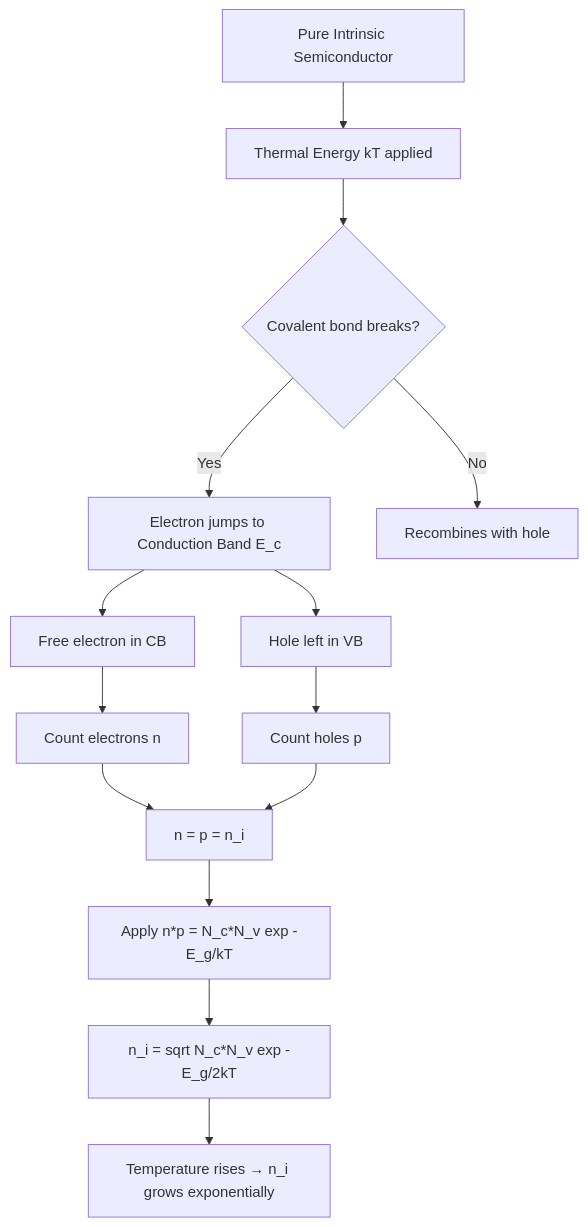
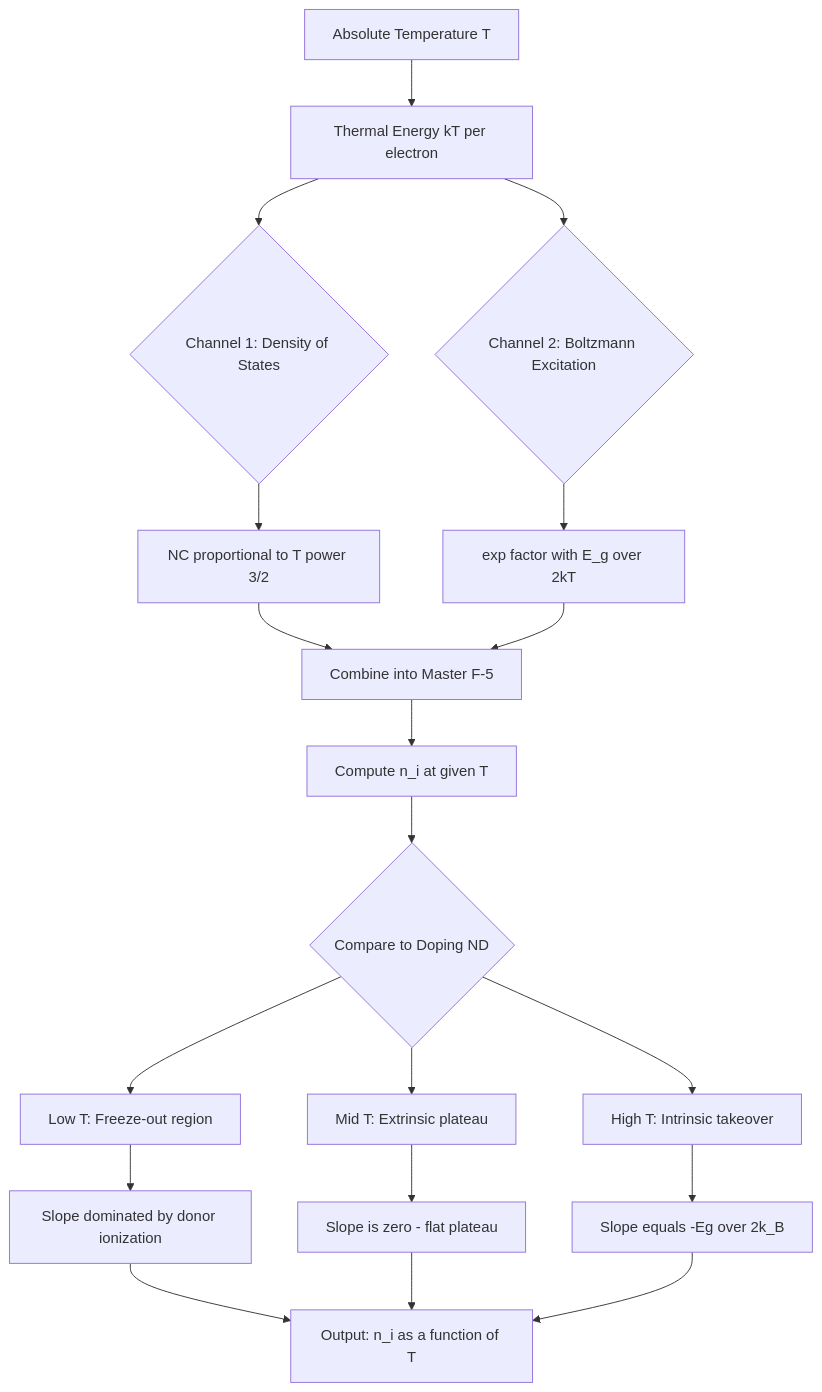
The first of 2 diagrams in public/notes/computer-science-and-engineering/semester-1/gapht121-physics-for-information-science/03-module-3-semiconductor-physics/variation-of-intrinsic-carrier-concentration-with-temperature/notes.md (vishnuu-kr/ktunode), drawn with Mermaid before and after one commit. The commit also changed other lines of this file and 4829 other files, not shown here.

````diff
--- a/public/notes/computer-science-and-engineering/semester-1/gapht121-physics-for-information-science/03-module-3-semiconductor-physics/variation-of-intrinsic-carrier-concentration-with-temperature/notes.md
+++ b/public/notes/computer-science-and-engineering/semester-1/gapht121-physics-for-information-science/03-module-3-semiconductor-physics/variation-of-intrinsic-carrier-concentration-with-temperature/notes.md
@@ -363,16 +344,21 @@
 ```mermaid
 flowchart TD
-    A[Pure Intrinsic Semiconductor] --> B[Thermal Energy kT applied]
-    B --> C{Covalent bond breaks?}
-    C -- Yes --> D[Electron jumps to Conduction Band E_c]
-    C -- No --> E[Recombines with hole]
-    D --> F[Free electron in CB]
-    D --> G[Hole left in VB]
-    F --> H[Count electrons n]
-    G --> I[Count holes p]
-    H --> J[n = p = n_i]
-    I --> J
-    J --> K[Apply n*p = N_c*N_v exp -E_g/kT]
-    K --> L[n_i = sqrt N_c*N_v exp -E_g/2kT]
-    L --> M[Temperature rises → n_i grows exponentially]
+    A[Absolute Temperature T] --> B[Thermal Energy kT per electron]
+    B --> C{Channel 1: Density of States}
+    B --> D{Channel 2: Boltzmann Excitation}
+    C --> C1[NC proportional to T power 3/2]
+    D --> D1[exp factor with E_g over 2kT]
+    C1 --> E[Combine into Master F-5]
+    D1 --> E
+    E --> F[Compute n_i at given T]
+    F --> G{Compare to Doping ND}
+    G --> H[Low T: Freeze-out region]
+    G --> I[Mid T: Extrinsic plateau]
+    G --> J[High T: Intrinsic takeover]
+    H --> K[Slope dominated by donor ionization]
+    I --> L[Slope is zero - flat plateau]
+    J --> M[Slope equals -Eg over 2k_B]
+    K --> N[Output: n_i as a function of T]
+    L --> N
+    M --> N
 ```
````
